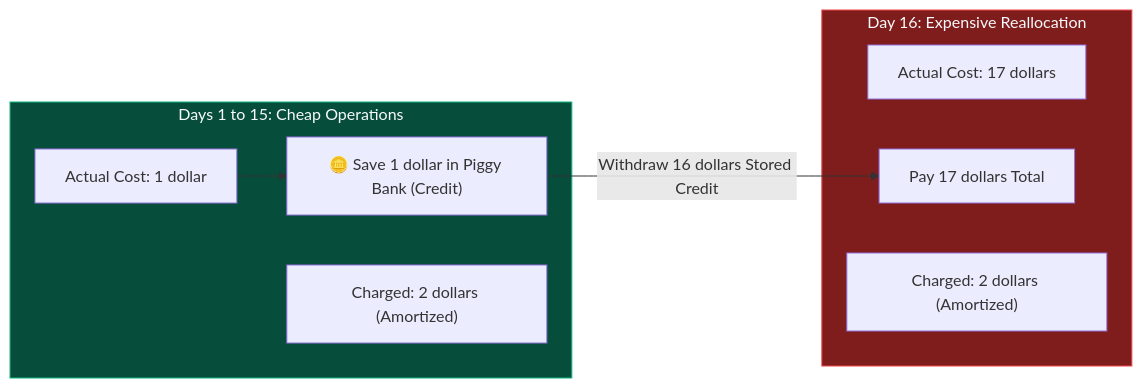
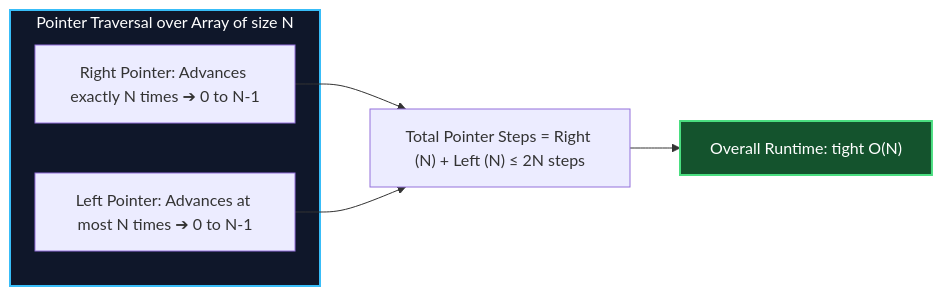
Before and after one commit to vadde/DSA: the diagram in 00 - Fundamentals/000 - Theoretical Foundations (The Complete Guide)/04_amortized_analysis.md, drawn with Mermaid. The commit also changed other lines of this file and 14 other files, not shown here.

````diff
--- a/00 - Fundamentals/000 - Theoretical Foundations (The Complete Guide)/04_amortized_analysis.md
+++ b/00 - Fundamentals/000 - Theoretical Foundations (The Complete Guide)/04_amortized_analysis.md
@@ -25,16 +52,14 @@
 ```mermaid
 flowchart LR
-    subgraph DailyOps["Days 1 to 15: Cheap Operations"]
-        O1["Actual Cost: 1 dollar"] --> PIGGY["🪙 Save 1 dollar in Piggy Bank (Credit)"]
-        A1["Charged: 2 dollars (Amortized)"]
+    subgraph PointerProgress["Pointer Traversal over Array of size N"]
+        R["Right Pointer: Advances exactly N times ➔ 0 to N-1"]
+        L["Left Pointer: Advances at most N times ➔ 0 to N-1"]
     end
 
-    subgraph BigOp["Day 16: Expensive Reallocation"]
-        O16["Actual Cost: 17 dollars"]
-        PIGGY -->|"Withdraw 16 dollars Stored Credit"| PAY["Pay 17 dollars Total"]
-        A16["Charged: 2 dollars (Amortized)"]
-    end
+    R --> Total["Total Pointer Steps = Right (N) + Left (N) ≤ 2N steps"]
+    L --> Total
+    Total --> Result["Overall Runtime: tight O(N)"]
 
-    style DailyOps fill:#064e3b,color:#f8fafc,stroke:#10b981
-    style BigOp fill:#7f1d1d,color:#f8fafc,stroke:#ef4444
+    style PointerProgress fill:#0f172a,stroke:#38bdf8,stroke-width:2px,color:#fff
+    style Result fill:#14532d,stroke:#4ade80,stroke-width:2px,color:#fff
 ```
````
